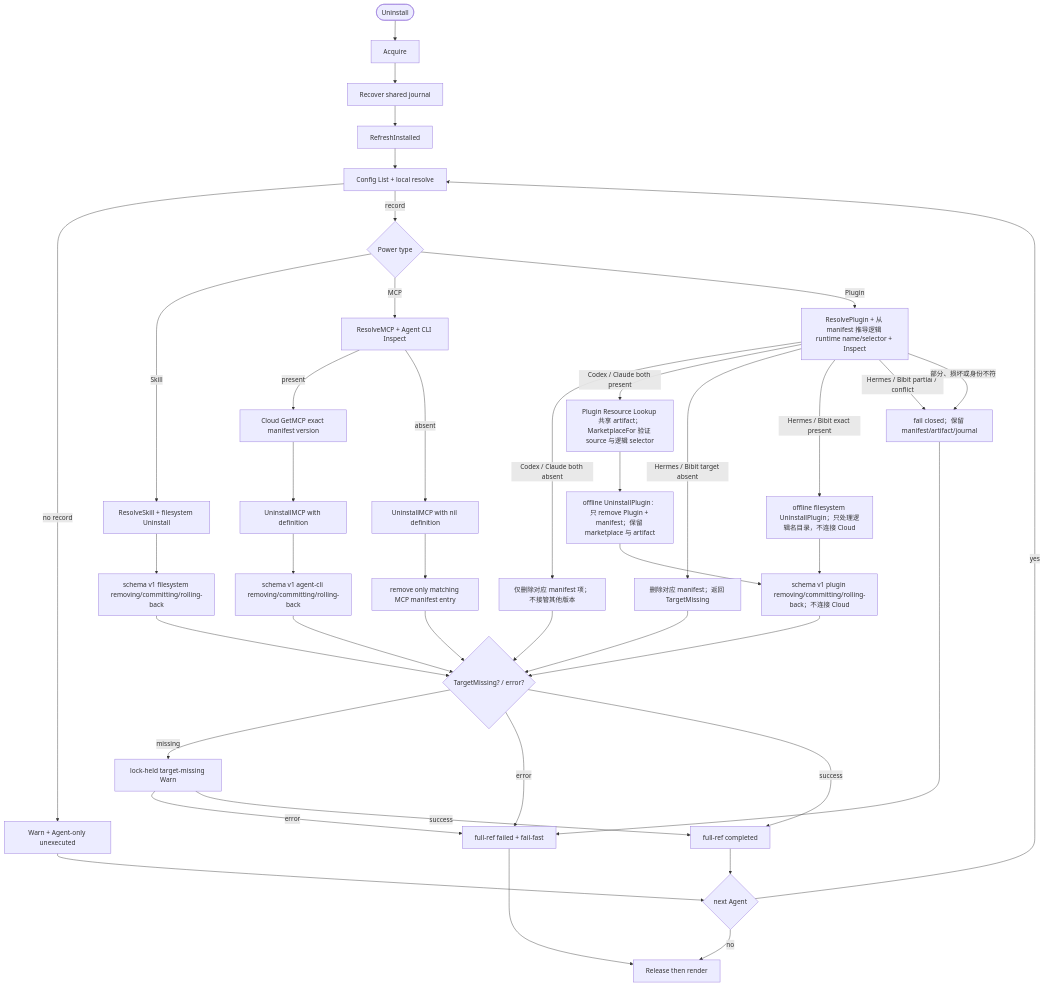
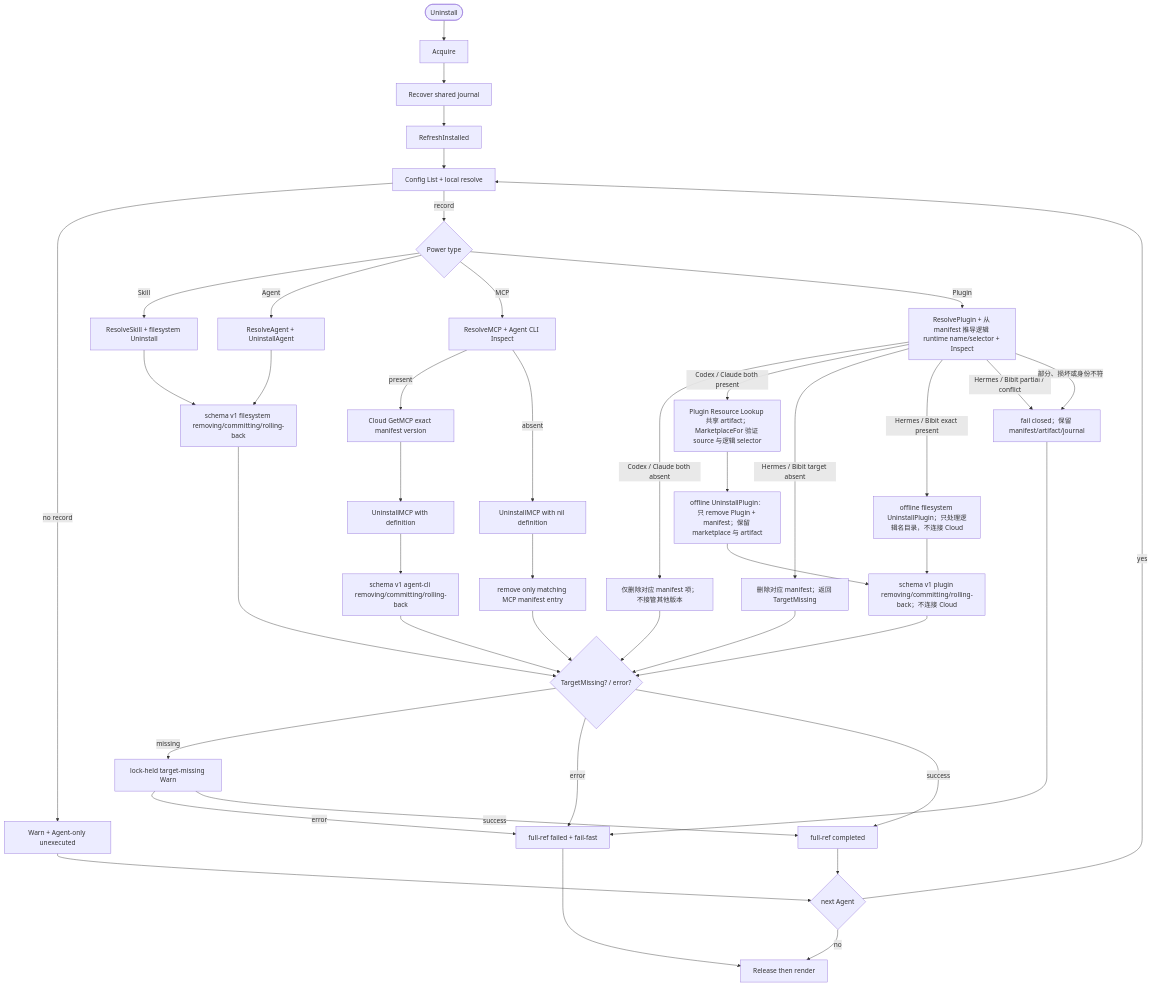
Before and after one commit to spacemit-com/agent-power-manager: the diagram in ivory-tower/c4/components/apm-cli-lifecycle-diagrams/uninstall.mmd, drawn with Mermaid. The commit also changed 10 other files, not shown here.

Commit message:
docs(cloud): correct provider architecture details

```diff
--- a/ivory-tower/c4/components/apm-cli-lifecycle-diagrams/uninstall.mmd
+++ b/ivory-tower/c4/components/apm-cli-lifecycle-diagrams/uninstall.mmd
@@ -1,42 +1,44 @@
 flowchart TD
     Start([Uninstall]) --> Lock[Acquire]
     Lock --> Recover[Recover shared journal]
     Recover --> Refresh[RefreshInstalled]
     Refresh --> Manifest[Config List + local resolve]
     Manifest -->|no record| WarnNone[Warn + Agent-only unexecuted]
     Manifest -->|record| Type{Power type}
     Type -->|Skill| Skill[ResolveSkill + filesystem Uninstall]
     Skill --> FSJournal[schema v1 filesystem removing/committing/rolling-back]
+    Type -->|Agent| AgentPower[ResolveAgent + UninstallAgent]
+    AgentPower --> FSJournal
     Type -->|MCP| MCP[ResolveMCP + Agent CLI Inspect]
     MCP -->|present| Def[Cloud GetMCP exact manifest version]
     Def --> MCPTx[UninstallMCP with definition]
     MCP -->|absent| MCPStale[UninstallMCP with nil definition]
     MCPTx --> CLIJournal[schema v1 agent-cli removing/committing/rolling-back]
     MCPStale --> Missing[remove only matching MCP manifest entry]
     Type -->|Plugin| Plugin[ResolvePlugin + 从 manifest 推导逻辑 runtime name/selector + Inspect]
     Plugin -->|Codex / Claude both absent| PluginStale[仅删除对应 manifest 项；不接管其他版本]
     Plugin -->|Codex / Claude both present| PluginLookup[Plugin Resource Lookup 共享 artifact；MarketplaceFor 验证 source 与逻辑 selector]
     PluginLookup --> PluginTx[offline UninstallPlugin：只 remove Plugin + manifest；保留 marketplace 与 artifact]
     Plugin -->|Hermes / Bibit target absent| FilesystemStale[删除对应 manifest；返回 TargetMissing]
     Plugin -->|Hermes / Bibit exact present| FilesystemPluginTx[offline filesystem UninstallPlugin；只处理逻辑名目录，不连接 Cloud]
     Plugin -->|Hermes / Bibit partial / conflict| PluginFail
     Plugin -->|部分、损坏或身份不符| PluginFail[fail closed；保留 manifest/artifact/journal]
     PluginTx --> PluginJournal[schema v1 plugin removing/committing/rolling-back；不连接 Cloud]
     FilesystemPluginTx --> PluginJournal
     FSJournal --> Result{TargetMissing? / error?}
     CLIJournal --> Result
     PluginJournal --> Result
     Missing --> Result
     PluginStale --> Result
     FilesystemStale --> Result
     PluginFail --> Fail
     Result -->|missing| WarnMissing[lock-held target-missing Warn]
     Result -->|error| Fail[full-ref failed + fail-fast]
     Result -->|success| Done[full-ref completed]
     WarnMissing -->|error| Fail
     WarnMissing -->|success| Done
     WarnNone --> Next{next Agent}
     Done --> Next
     Next -->|yes| Manifest
     Next -->|no| Release[Release then render]
     Fail --> Release
```
